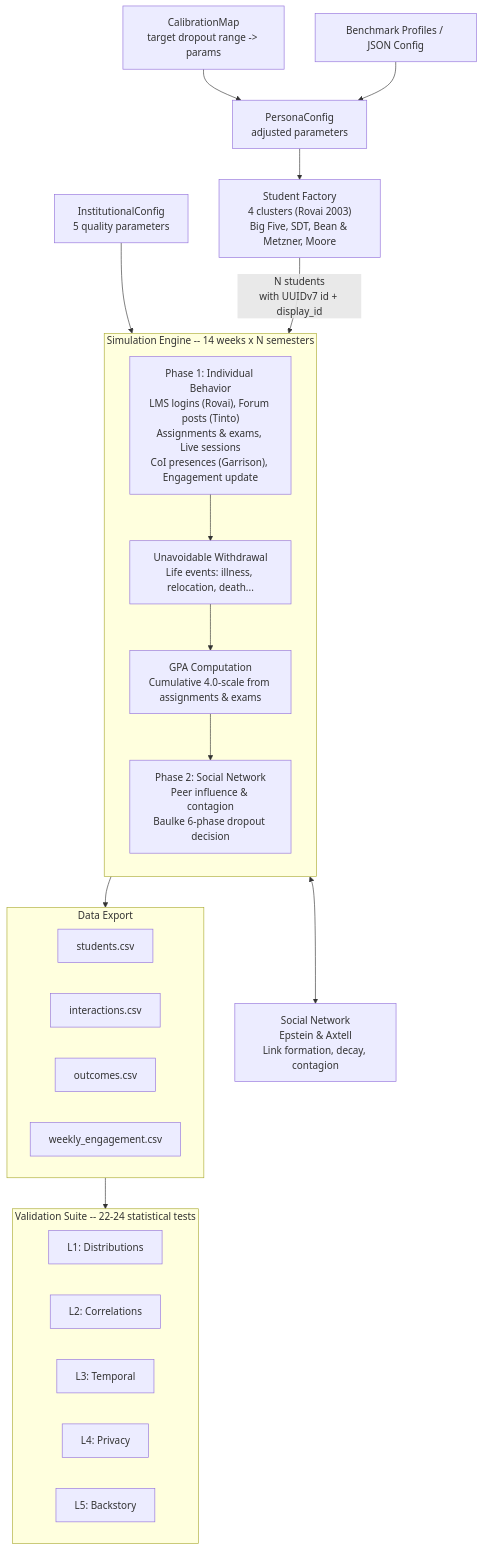
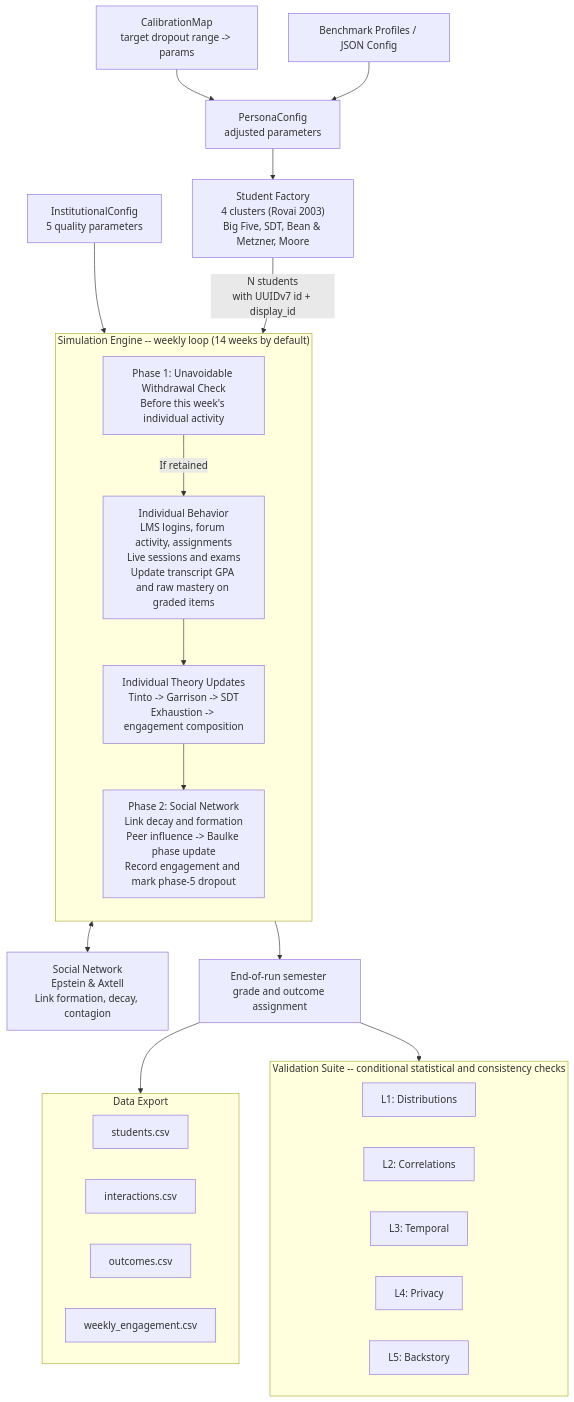
One commit to theaiagent/SynthEd changed the diagram in docs/THEORY.md. Above: the diagram before and after it, drawn with Mermaid. The commit also changed other lines of this file and 11 other files, not shown here.

````diff
--- a/docs/THEORY.md
+++ b/docs/THEORY.md
@@ -20,49 +20,50 @@
 ```mermaid
 flowchart TD
     CM["CalibrationMap\ntarget dropout range -> params"]
     BP["Benchmark Profiles / JSON Config"]
     IC["InstitutionalConfig\n5 quality parameters"]
     PC["PersonaConfig\nadjusted parameters"]
 
     CM --> PC
     BP --> PC
 
     SF["Student Factory\n4 clusters (Rovai 2003)\nBig Five, SDT, Bean & Metzner, Moore"]
     PC --> SF
     IC --> engine
 
     SF -->|"N students\nwith UUIDv7 id + display_id"| engine
 
-    subgraph engine ["Simulation Engine -- 14 weeks x N semesters"]
+    subgraph engine ["Simulation Engine -- weekly loop (14 weeks by default)"]
         direction TB
-        P1["Phase 1: Individual Behavior\nLMS logins (Rovai), Forum posts (Tinto)\nAssignments & exams, Live sessions\nCoI presences (Garrison), Engagement update"]
-        UW["Unavoidable Withdrawal\nLife events: illness, relocation, death..."]
-        GPA["GPA Computation\nCumulative 4.0-scale from assignments & exams"]
-        P2["Phase 2: Social Network\nPeer influence & contagion\nBaulke 6-phase dropout decision"]
-        P1 --> UW --> GPA --> P2
+        UW["Phase 1: Unavoidable Withdrawal Check\nBefore this week's individual activity"]
+        P1["Individual Behavior\nLMS logins, forum activity, assignments\nLive sessions and exams\nUpdate transcript GPA and raw mastery on graded items"]
+        TH["Individual Theory Updates\nTinto -> Garrison -> SDT\nExhaustion -> engagement composition"]
+        P2["Phase 2: Social Network\nLink decay and formation\nPeer influence -> Baulke phase update\nRecord engagement and mark phase-5 dropout"]
+        UW -->|"If retained"| P1 --> TH --> P2
     end
 
     SN["Social Network\nEpstein & Axtell\nLink formation, decay, contagion"]
     P2 <--> SN
 
-    engine --> EX
+    engine --> GR["End-of-run semester grade and outcome assignment"]
+    GR --> EX
 
     subgraph EX ["Data Export"]
         direction LR
         E1["students.csv"]
         E2["interactions.csv"]
         E3["outcomes.csv"]
         E4["weekly_engagement.csv"]
     end
 
-    EX --> VAL
+    GR --> VAL
 
-    subgraph VAL ["Validation Suite -- 22-24 statistical tests"]
+    subgraph VAL ["Validation Suite -- conditional statistical and consistency checks"]
         direction LR
         V1["L1: Distributions"]
         V2["L2: Correlations"]
         V3["L3: Temporal"]
         V4["L4: Privacy"]
         V5["L5: Backstory"]
     end
 ```
````
